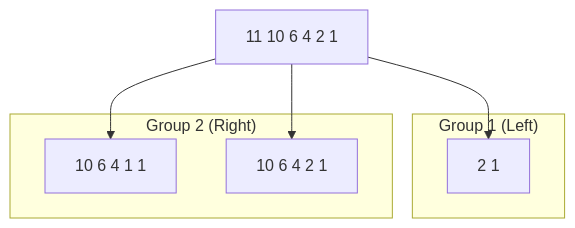
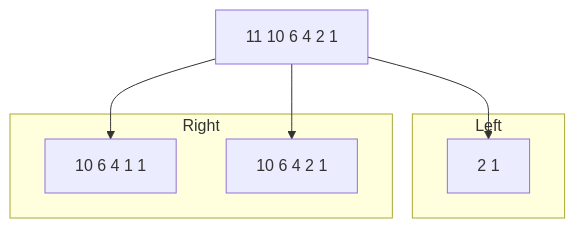
Before and after one commit to zedttxj/Image-Processing-Tool-with-Matlab: the second of 2 diagrams in optional/PDilation-reversedPDilation.md, drawn with Mermaid.

````diff
--- a/optional/PDilation-reversedPDilation.md
+++ b/optional/PDilation-reversedPDilation.md
@@ -260,18 +260,18 @@
 ```mermaid
 graph TD;
 
     C[11 10 6 4 2 1]
 
-    subgraph Group1["Group 1 (Left)"]
+    subgraph Group1["Left"]
         A[2 1]
     end
 
-    subgraph Group2["Group 2 (Right)"]
+    subgraph Group2["Right"]
         D[10 6 4 1 1]
         E[10 6 4 2 1]
     end
 
-    C --> A
     C --> D
     C --> E
+    C --> A
 ```
````
